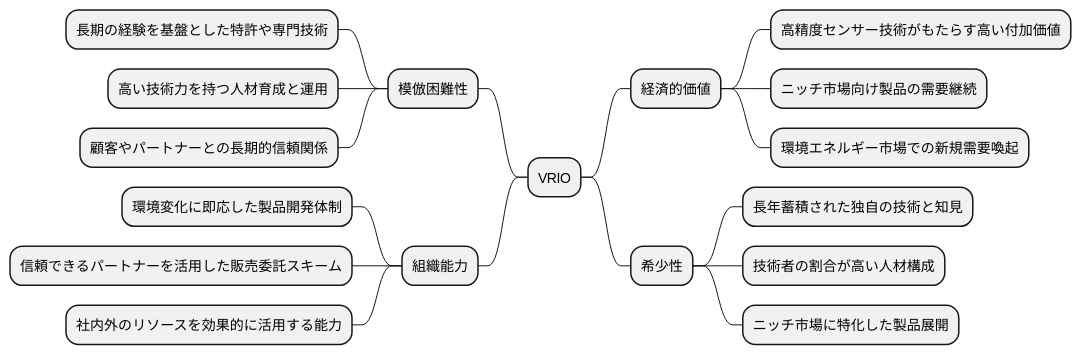
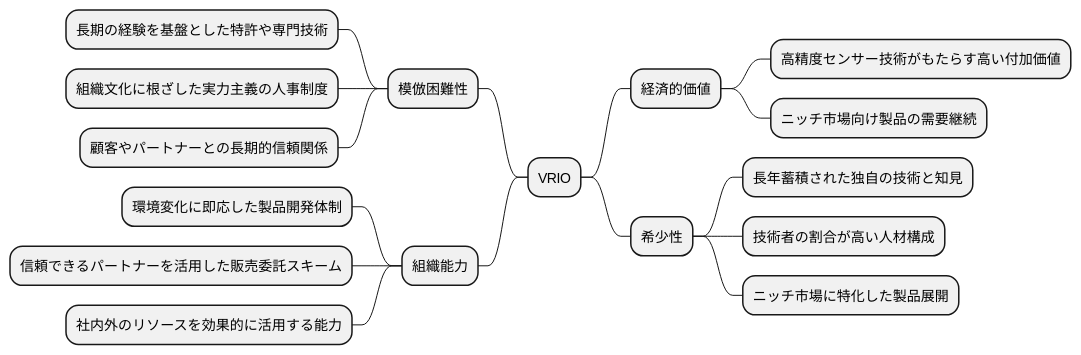
One commit to k2works/case-sutudy-business-analysis changed the fourth of 19 diagrams in docs/case/h30_case_1.adoc. Above: the diagram before and after it, drawn with PlantUML. The commit also changed other lines of this file, not shown here.

```diff
--- a/docs/case/h30_case_1.adoc
+++ b/docs/case/h30_case_1.adoc
@@ -168,25 +169,24 @@
 [plantuml]
 ----
 @startmindmap
 
 * VRIO
 ** 経済的価値
 *** 高精度センサー技術がもたらす高い付加価値
 *** ニッチ市場向け製品の需要継続
-*** 環境エネルギー市場での新規需要喚起
 ** 希少性
 *** 長年蓄積された独自の技術と知見
 *** 技術者の割合が高い人材構成
 *** ニッチ市場に特化した製品展開
 left side
 ** 模倣困難性
 *** 長期の経験を基盤とした特許や専門技術
-*** 高い技術力を持つ人材育成と運用
+*** 組織文化に根ざした実力主義の人事制度
 *** 顧客やパートナーとの長期的信頼関係
 ** 組織能力
 *** 環境変化に即応した製品開発体制
 *** 信頼できるパートナーを活用した販売委託スキーム
 *** 社内外のリソースを効果的に活用する能力
 
 @endmindmap
 ----
```
